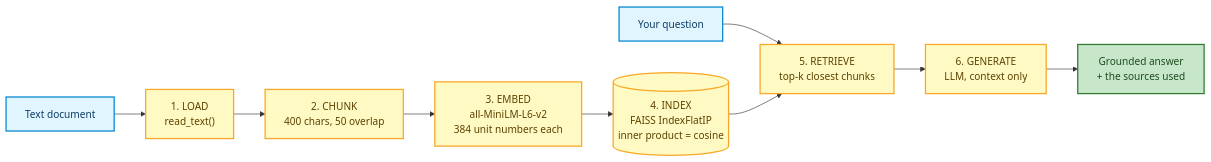
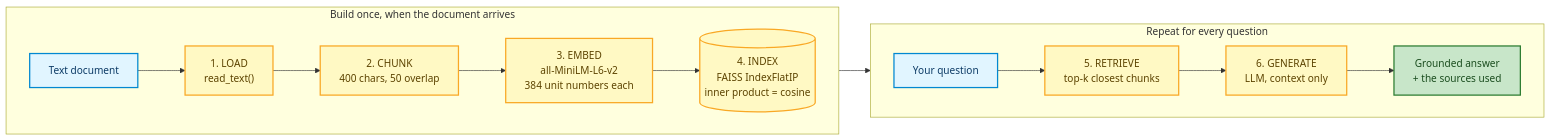
The third of 3 diagrams in RAG-Labs/section-1-classical-rag/lab-01-classical-rag/lab_classical_rag.md (CogKnowEdge-Solutions/Context-Memory-Layer), drawn with Mermaid before and after one commit. The commit also changed other lines of this file and 80 other files, not shown here.

````diff
--- a/RAG-Labs/section-1-classical-rag/lab-01-classical-rag/lab_classical_rag.md
+++ b/RAG-Labs/section-1-classical-rag/lab-01-classical-rag/lab_classical_rag.md
@@ -127,18 +145,24 @@
 ```mermaid
 flowchart LR
-    D["Text document"] --> L["1. LOAD<br/>read_text()"]
-    L --> C["2. CHUNK<br/>400 chars, 50 overlap"]
-    C --> E["3. EMBED<br/>all-MiniLM-L6-v2<br/>384 unit numbers each"]
-    E --> V[("4. INDEX<br/>FAISS IndexFlatIP<br/>inner product = cosine")]
-    Q["Your question"] --> R["5. RETRIEVE<br/>top-k closest chunks"]
+    subgraph ONCE["Build once, when the document arrives"]
+        direction LR
+        D["Text document"] --> L["1. LOAD<br/>read_text()"]
+        L --> C["2. CHUNK<br/>400 chars, 50 overlap"]
+        C --> E["3. EMBED<br/>all-MiniLM-L6-v2<br/>384 unit numbers each"]
+        E --> V[("4. INDEX<br/>FAISS IndexFlatIP<br/>inner product = cosine")]
+    end
+    subgraph EACH["Repeat for every question"]
+        direction LR
+        Q["Your question"] --> R["5. RETRIEVE<br/>top-k closest chunks"]
+        R --> G["6. GENERATE<br/>LLM, context only"]
+        G --> A["Grounded answer<br/>+ the sources used"]
+    end
     V --> R
-    R --> G["6. GENERATE<br/>LLM, context only"]
-    G --> A["Grounded answer<br/>+ the sources used"]
 
     classDef input fill:#e1f5ff,stroke:#0288d1,stroke-width:2px,color:#0d3b66
     classDef proc fill:#fff9c4,stroke:#f9a825,stroke-width:2px,color:#5c4300
     classDef out fill:#c8e6c9,stroke:#2e7d32,stroke-width:2px,color:#1b4d1f
     class D,Q input
     class L,C,E,V,R,G proc
     class A out
 ```
````
